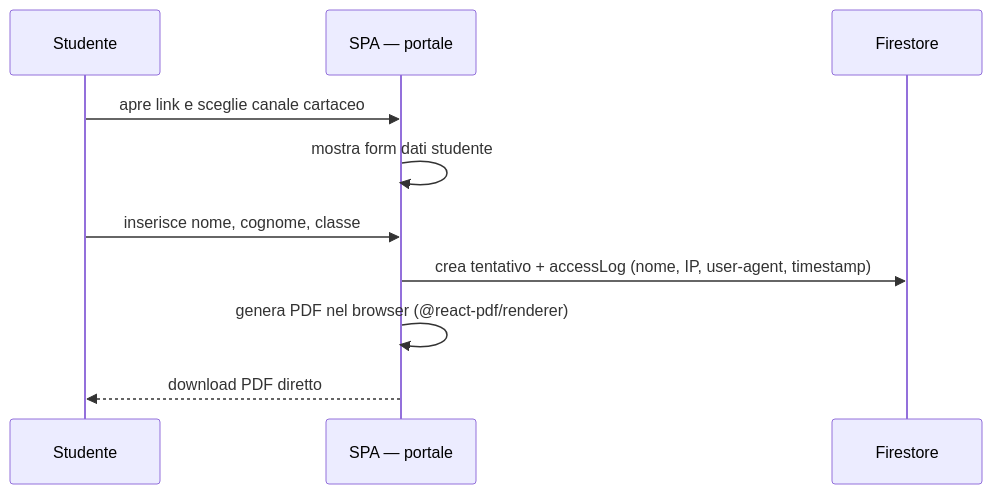
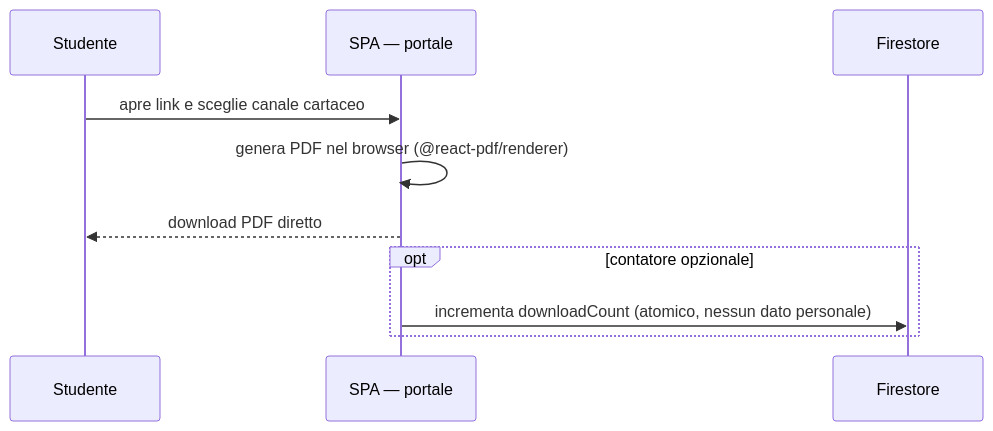
One commit to EnricoPaparo/SchoolForge changed the second of 3 diagrams in documentazione/architettura.md. Above: the diagram before and after it, drawn with Mermaid. The commit also changed other lines of this file and 10 other files, not shown here.

````diff
--- a/documentazione/architettura.md
+++ b/documentazione/architettura.md
@@ -250,13 +252,13 @@
 ```mermaid
 sequenceDiagram
     participant S as Studente
     participant SPA as SPA — portale
     participant F as Firestore
 
     S->>SPA: apre link e sceglie canale cartaceo
-    SPA->>SPA: mostra form dati studente
-    S->>SPA: inserisce nome, cognome, classe
-    SPA->>F: crea tentativo + accessLog (nome, IP, user-agent, timestamp)
     SPA->>SPA: genera PDF nel browser (@react-pdf/renderer)
     SPA-->>S: download PDF diretto
+    opt contatore opzionale
+        SPA->>F: incrementa downloadCount (atomico, nessun dato personale)
+    end
 ```
````
